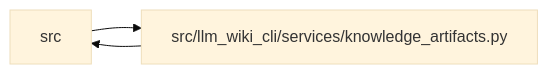
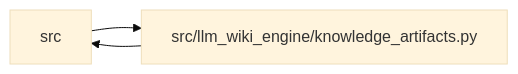
The diagram in docs/llm_wiki/modules/knowledge_artifacts.md (Denissvgn/python-wiki-llm), drawn with Mermaid (base theme) before and after one commit. The commit also changed other lines of this file and 1058 other files, not shown here.

First line of the commit message:
docs: refresh the wiki for the knowledge store move

````diff
--- a/docs/llm_wiki/modules/knowledge_artifacts.md
+++ b/docs/llm_wiki/modules/knowledge_artifacts.md
@@ -69,8 +69,8 @@
 ```mermaid
 flowchart LR
     n0["src"]
-    n1["src/llm_wiki_cli/services/knowledge_artifacts.py"]
+    n1["src/llm_wiki_engine/knowledge_artifacts.py"]
     n0 --> n1
     n1 --> n0
     click n1 "../modules/knowledge_artifacts.md"
 ```
````
